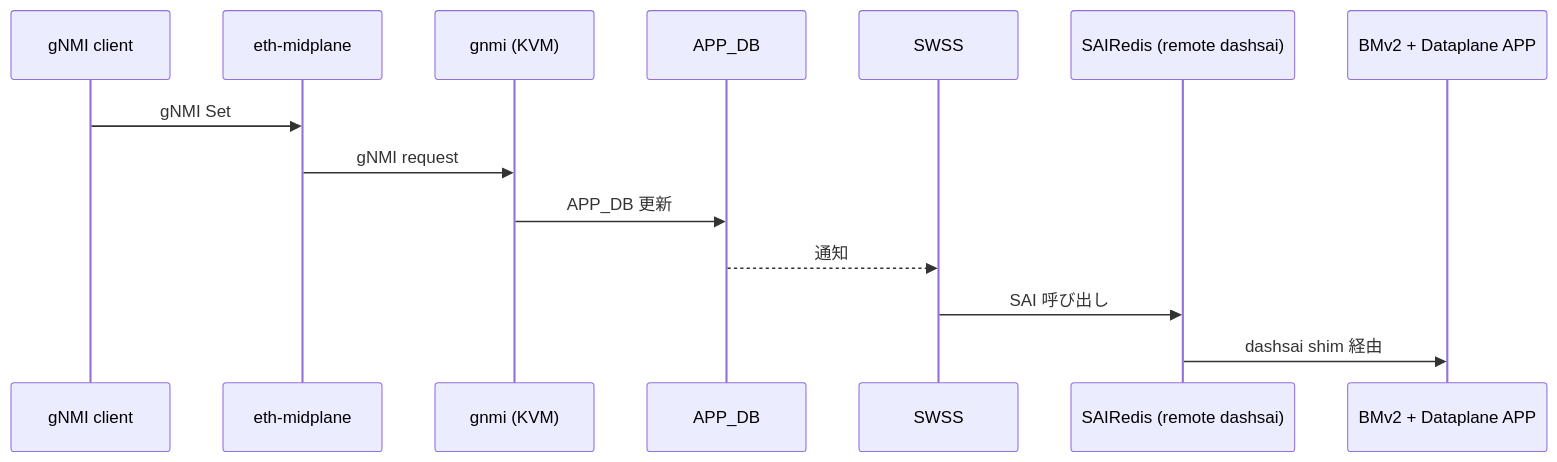
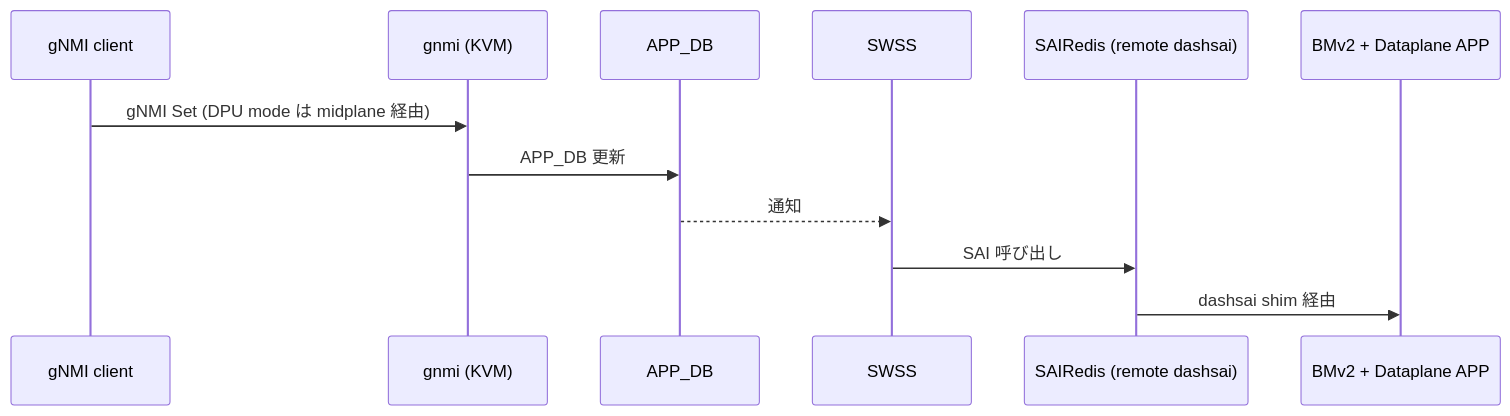
The third of 3 diagrams in docs/overlay/dash-sonic-kvm.md (aoki-taquan/sonic-unofficial-docs), drawn with Mermaid before and after one commit. The commit also changed other lines of this file and 4 other files, not shown here.

````diff
--- a/docs/overlay/dash-sonic-kvm.md
+++ b/docs/overlay/dash-sonic-kvm.md
@@ -105,16 +88,14 @@
 ```mermaid
 sequenceDiagram
     participant CL as gNMI client
-    participant MID as eth-midplane
     participant GN as gnmi (KVM)
     participant DB as APP_DB
     participant SW as SWSS
     participant SR as SAIRedis (remote dashsai)
     participant BM as BMv2 + Dataplane APP
-    CL->>MID: gNMI Set
-    MID->>GN: gNMI request
+    CL->>GN: gNMI Set (DPU mode は midplane 経由)
     GN->>DB: APP_DB 更新
     DB-->>SW: 通知
     SW->>SR: SAI 呼び出し
     SR->>BM: dashsai shim 経由
 ```
````
